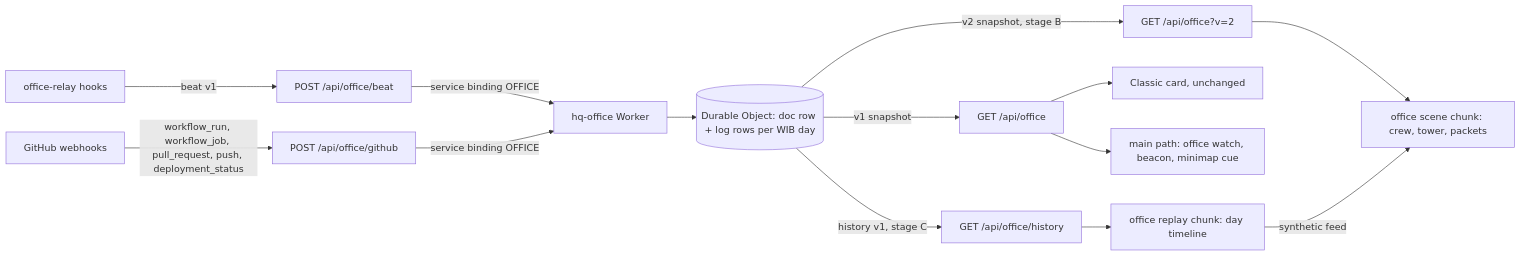
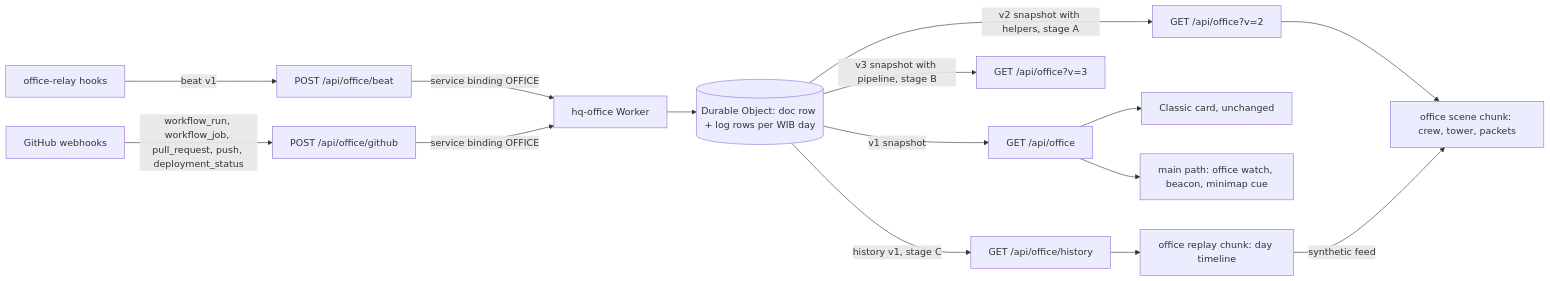
The diagram in docs/superpowers/specs/2026-10-20-agent-office-revamp-design.md (ShinyQ/ShinyQ-HQ), drawn with Mermaid before and after one commit. The commit also changed other lines of this file and 3 other files, not shown here.

Commit message:
docs(office): owner decisions on lazy watch and beacon chunks and the v2 helpers contract

````diff
--- a/docs/superpowers/specs/2026-10-20-agent-office-revamp-design.md
+++ b/docs/superpowers/specs/2026-10-20-agent-office-revamp-design.md
@@ -50,14 +50,15 @@
 ```mermaid
 flowchart LR
   relay[office-relay hooks] -->|beat v1| fn1[POST /api/office/beat]
   gh[GitHub webhooks] -->|workflow_run, workflow_job, pull_request, push, deployment_status| fn2[POST /api/office/github]
   fn1 & fn2 -->|service binding OFFICE| w[hq-office Worker]
   w --> DO[(Durable Object: doc row + log rows per WIB day)]
   DO -->|v1 snapshot| s1[GET /api/office]
-  DO -->|v2 snapshot, stage B| s2[GET /api/office?v=2]
+  DO -->|v2 snapshot with helpers, stage A| s2[GET /api/office?v=2]
+  DO -->|v3 snapshot with pipeline, stage B| s4[GET /api/office?v=3]
   DO -->|history v1, stage C| s3[GET /api/office/history]
   s1 --> card[Classic card, unchanged] & watch[main path: office watch, beacon, minimap cue]
   s2 --> scene[office scene chunk: crew, tower, packets]
   s3 --> replay[office replay chunk: day timeline]
   replay -->|synthetic feed| scene
 ```
````
